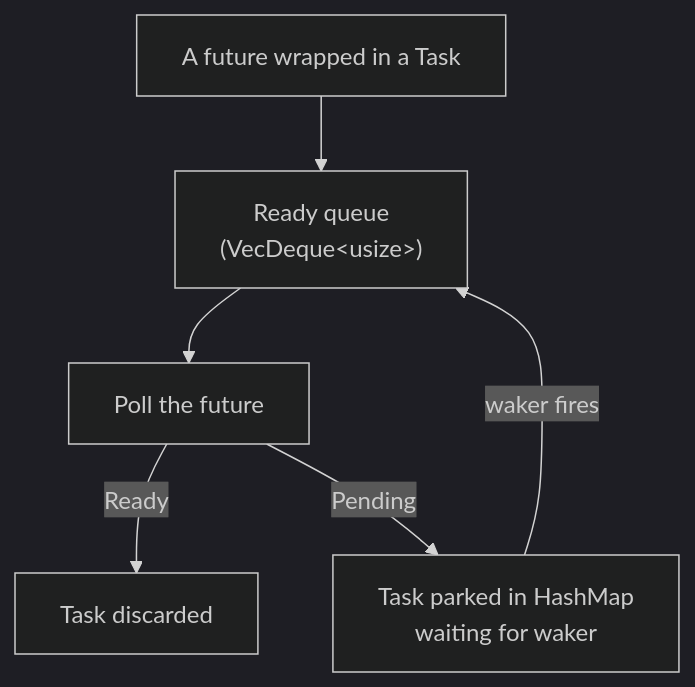
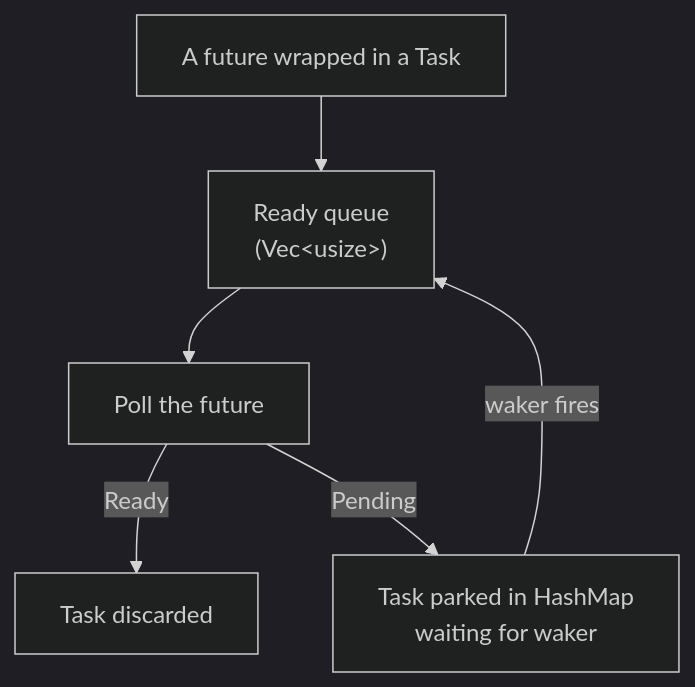
The fifth of 10 diagrams in README.md (paulpeters144/mini-async-runtime), drawn with Mermaid (dark theme) before and after one commit. The commit also changed other lines of this file and 7 other files, not shown here.

First line of the commit message:
refactor: use Vec for ready queue and add TaskWaker::new constructor

````diff
--- a/README.md
+++ b/README.md
@@ -243,8 +243,8 @@
 ```mermaid
 flowchart TD
-    Task["A future wrapped in a Task"] --> Queue["Ready queue<br/>(VecDeque&lt;usize&gt;)"]
+    Task["A future wrapped in a Task"] --> Queue["Ready queue<br/>(Vec&lt;usize&gt;)"]
     Queue --> Poll["Poll the future"]
     Poll -->|Ready| Done["Task discarded"]
     Poll -->|Pending| Parked["Task parked in HashMap<br/>waiting for waker"]
     Parked -->|waker fires| Queue
 ```
````
